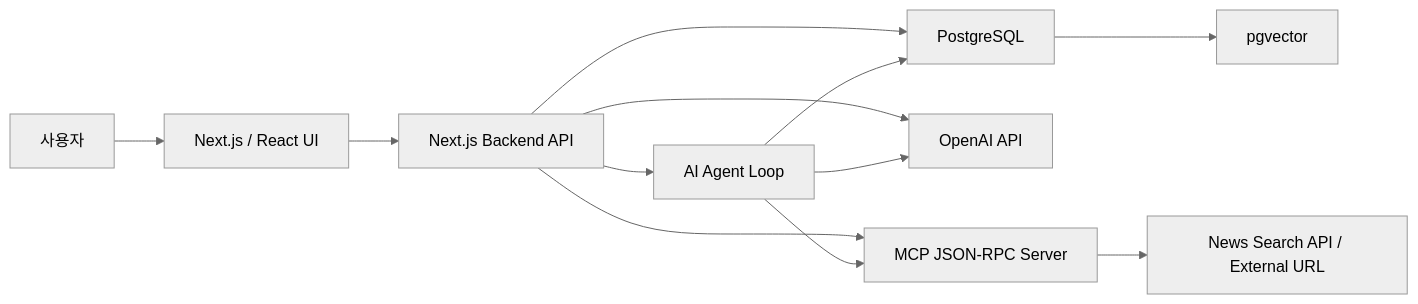
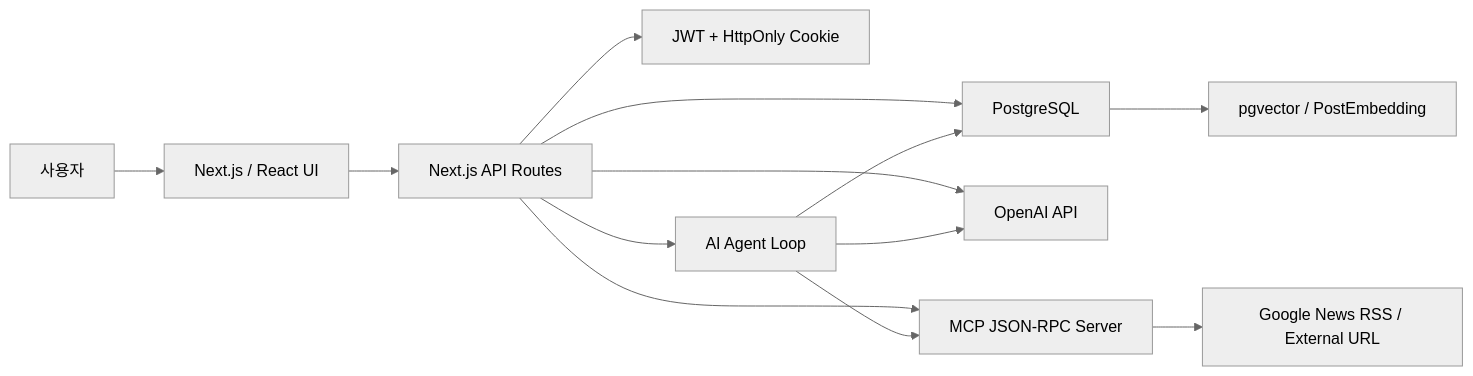
Before and after one commit to seok3m4/AI_w15-16: the diagram in README.md, drawn with Mermaid (neutral theme). The commit also changed other lines of this file and 1 other file, not shown here.

````diff
--- a/README.md
+++ b/README.md
@@ -50,14 +103,15 @@
 ```mermaid
 flowchart LR
     User["사용자"] --> Web["Next.js / React UI"]
-    Web --> API["Next.js Backend API"]
+    Web --> API["Next.js API Routes"]
+    API --> Auth["JWT + HttpOnly Cookie"]
     API --> DB["PostgreSQL"]
-    DB --> Vector["pgvector"]
-    API --> LLM["OpenAI API"]
+    DB --> Vector["pgvector / PostEmbedding"]
+    API --> OpenAI["OpenAI API"]
     API --> MCP["MCP JSON-RPC Server"]
-    MCP --> External["News Search API / External URL"]
+    MCP --> External["Google News RSS / External URL"]
     API --> Agent["AI Agent Loop"]
-    Agent --> LLM
+    Agent --> OpenAI
     Agent --> DB
     Agent --> MCP
 ```
````
